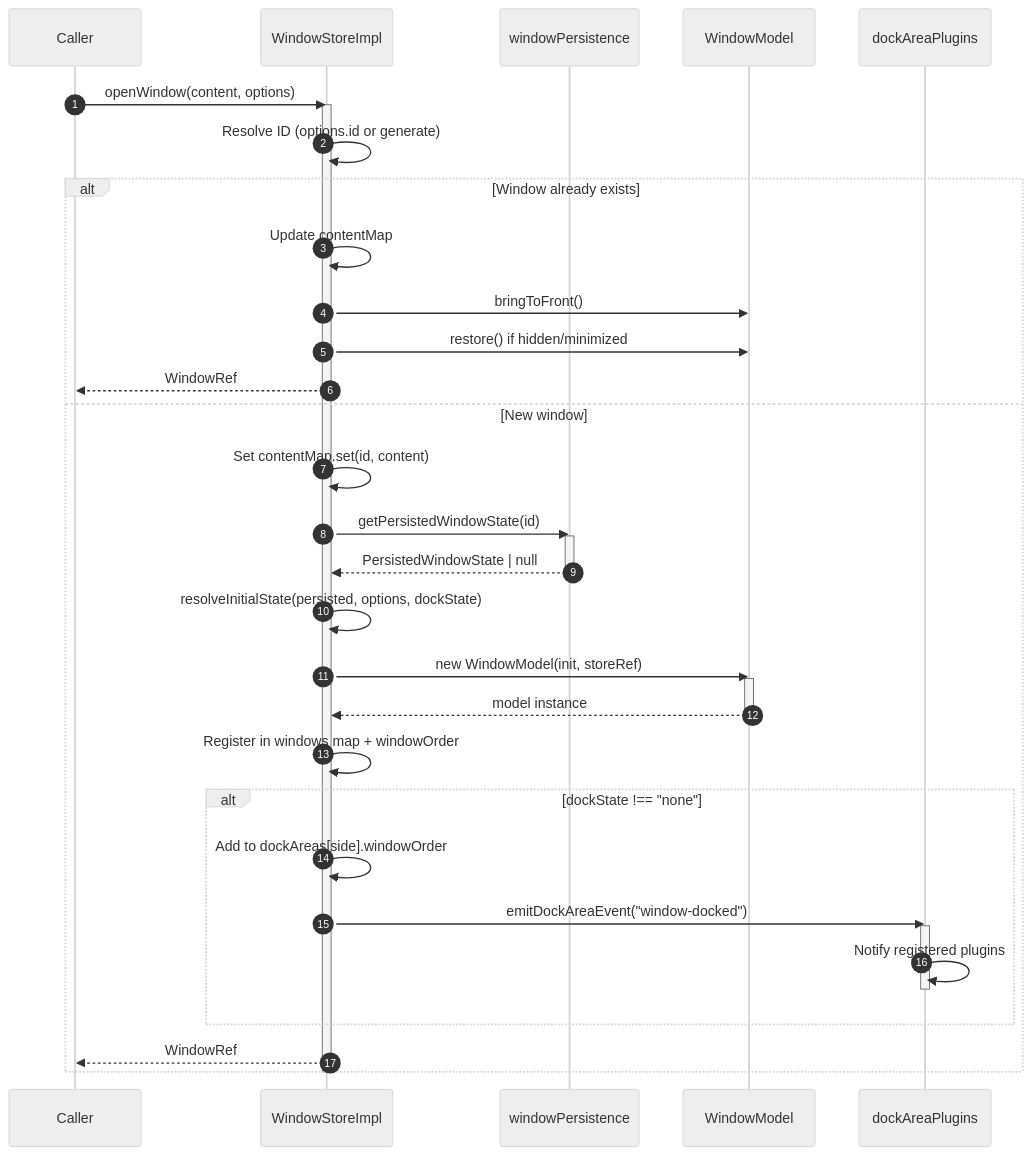
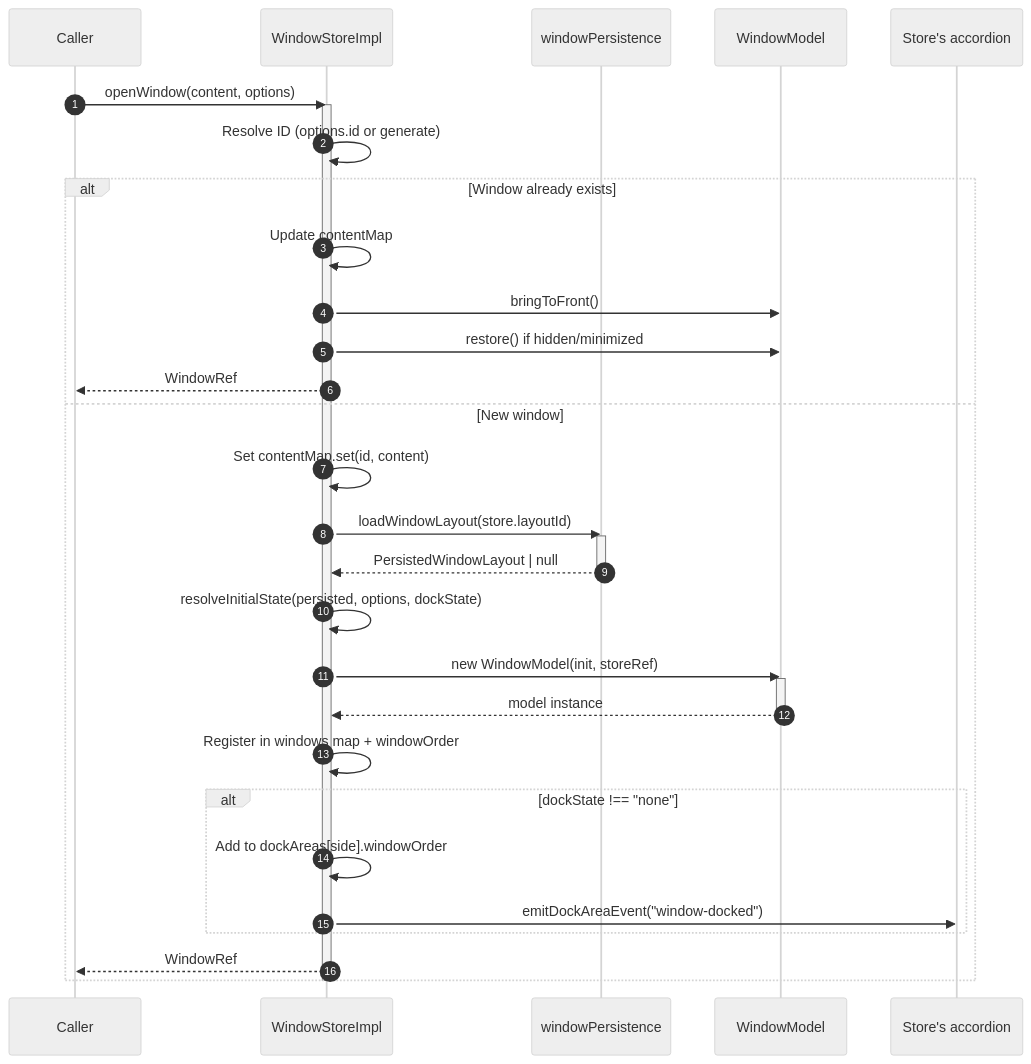
One commit to TangleML/tangle-ui changed the fifth of 8 diagrams in src/routes/v2/WINDOWS.md. Above: the diagram before and after it, drawn with Mermaid (neutral theme). The commit also changed other lines of this file and 699 other files, not shown here.

````diff
--- a/src/routes/v2/WINDOWS.md
+++ b/src/routes/v2/WINDOWS.md
@@ -235,47 +227,44 @@
 ```mermaid
 sequenceDiagram
     autonumber
     participant Caller
     participant Store as WindowStoreImpl
     participant Persist as windowPersistence
     participant Model as WindowModel
-    participant Plugins as dockAreaPlugins
+    participant Accordion as Store's accordion
 
     Caller->>Store: openWindow(content, options)
     activate Store
 
     Store->>Store: Resolve ID (options.id or generate)
 
     alt Window already exists
         Store->>Store: Update contentMap
         Store->>Model: bringToFront()
         Store->>Model: restore() if hidden/minimized
         Store-->>Caller: WindowRef
     else New window
         Store->>Store: Set contentMap.set(id, content)
-        Store->>Persist: getPersistedWindowState(id)
+        Store->>Persist: loadWindowLayout(store.layoutId)
         activate Persist
-        Persist-->>Store: PersistedWindowState | null
+        Persist-->>Store: PersistedWindowLayout | null
         deactivate Persist
 
         Store->>Store: resolveInitialState(persisted, options, dockState)
         Store->>Model: new WindowModel(init, storeRef)
         activate Model
         Model-->>Store: model instance
         deactivate Model
 
         Store->>Store: Register in windows map + windowOrder
 
         alt dockState !== "none"
             Store->>Store: Add to dockAreas[side].windowOrder
-            Store->>Plugins: emitDockAreaEvent("window-docked")
-            activate Plugins
-            Plugins->>Plugins: Notify registered plugins
-            deactivate Plugins
+            Store->>Accordion: emitDockAreaEvent("window-docked")
         end
 
         Store-->>Caller: WindowRef
     end
 
     deactivate Store
 ```
````
